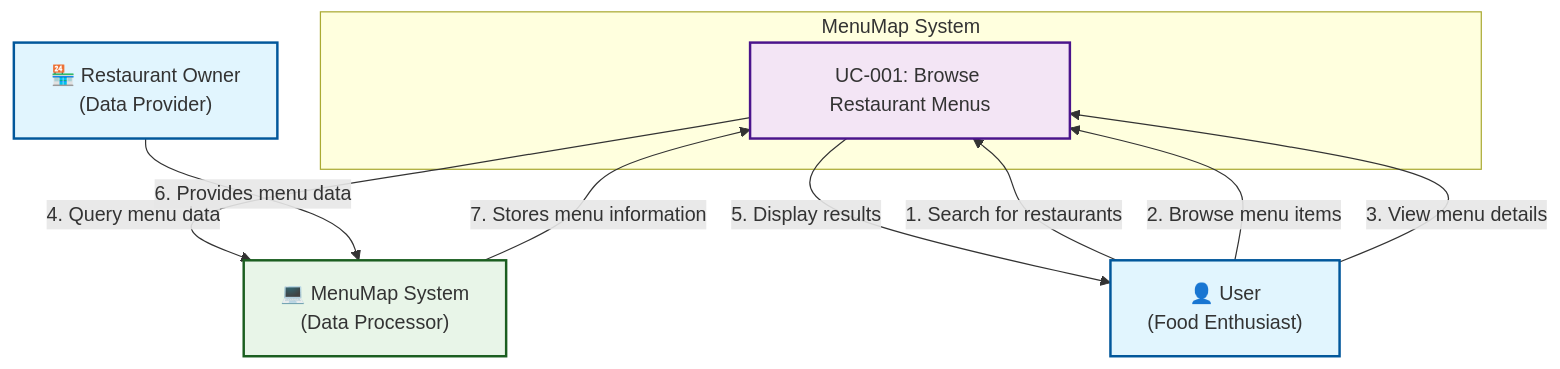
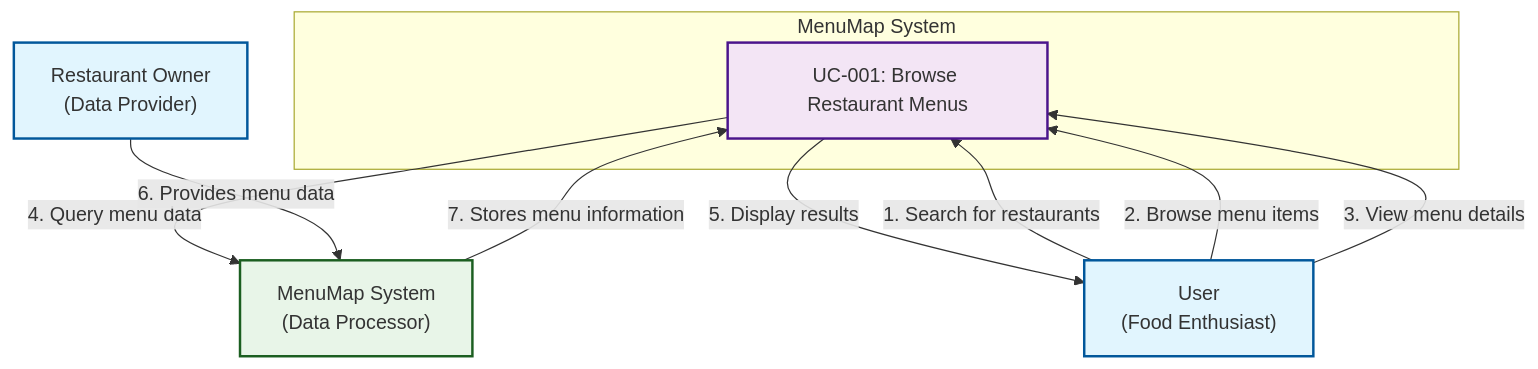
One commit to AndreLewis1400/HomeProjects changed the first of 4 diagrams in Use_Cases/Use_Case_Diagrams.md. Above: the diagram before and after it, drawn with Mermaid. The commit also changed other lines of this file and 64 other files, not shown here.

````diff
--- a/Use_Cases/Use_Case_Diagrams.md
+++ b/Use_Cases/Use_Case_Diagrams.md
@@ -37,28 +37,28 @@
 ```mermaid
 graph TB
     subgraph "MenuMap System"
         UC1["UC-001: Browse Restaurant Menus"]
     end
     
-    User["👤 User<br/>(Food Enthusiast)"]
-    RestaurantOwner["🏪 Restaurant Owner<br/>(Data Provider)"]
-    System["💻 MenuMap System<br/>(Data Processor)"]
+    User["User<br/>(Food Enthusiast)"]
+    RestaurantOwner["Restaurant Owner<br/>(Data Provider)"]
+    System["MenuMap System<br/>(Data Processor)"]
     
     User -->|"1. Search for restaurants"| UC1
     User -->|"2. Browse menu items"| UC1
     User -->|"3. View menu details"| UC1
     
     UC1 -->|"4. Query menu data"| System
     UC1 -->|"5. Display results"| User
     
     RestaurantOwner -->|"6. Provides menu data"| System
     System -->|"7. Stores menu information"| UC1
     
     classDef actor fill:#e1f5fe,stroke:#01579b,stroke-width:2px
     classDef usecase fill:#f3e5f5,stroke:#4a148c,stroke-width:2px
     classDef system fill:#e8f5e8,stroke:#1b5e20,stroke-width:2px
     
     class User,RestaurantOwner actor
     class UC1 usecase
     class System system
 ```
````
